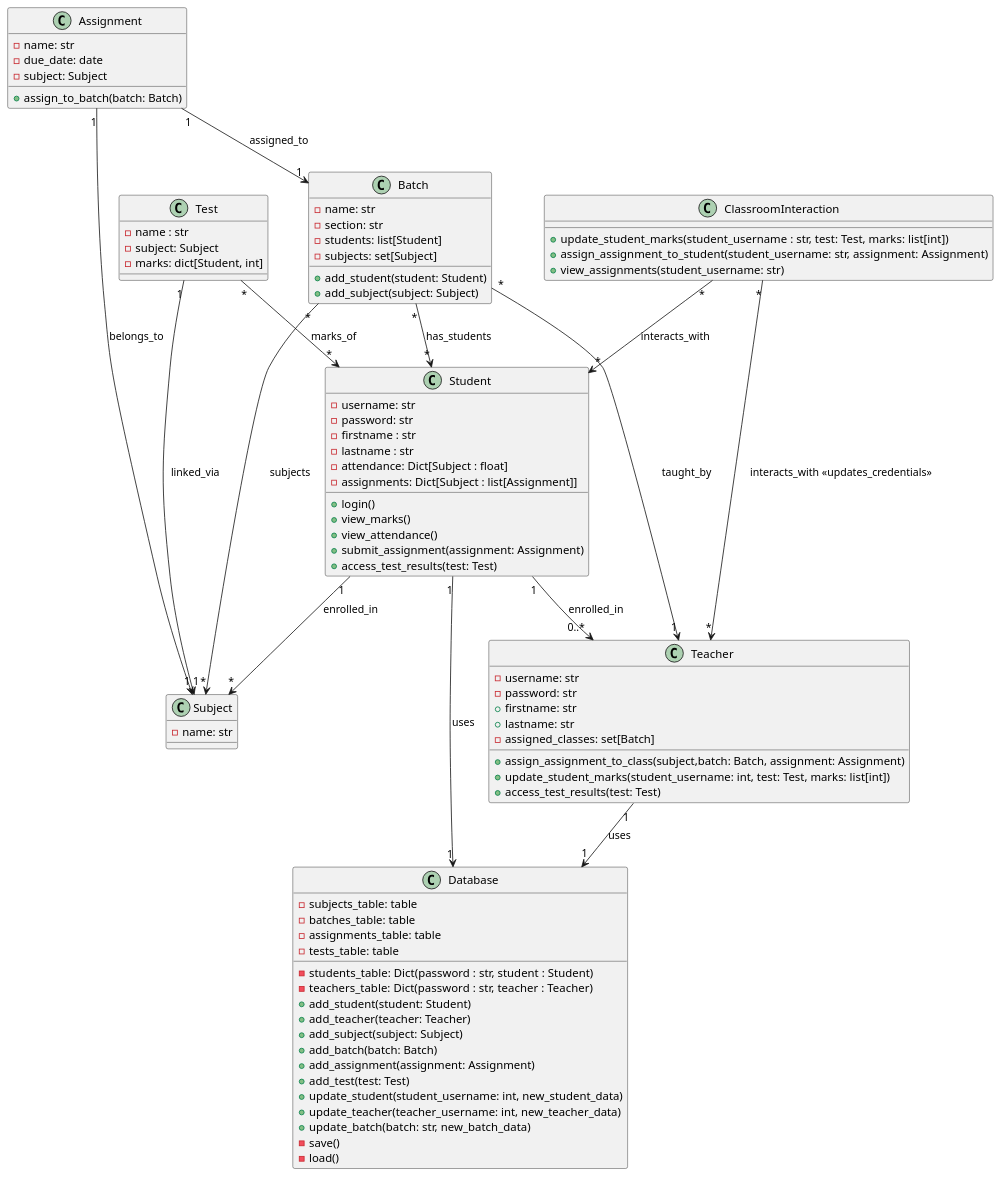
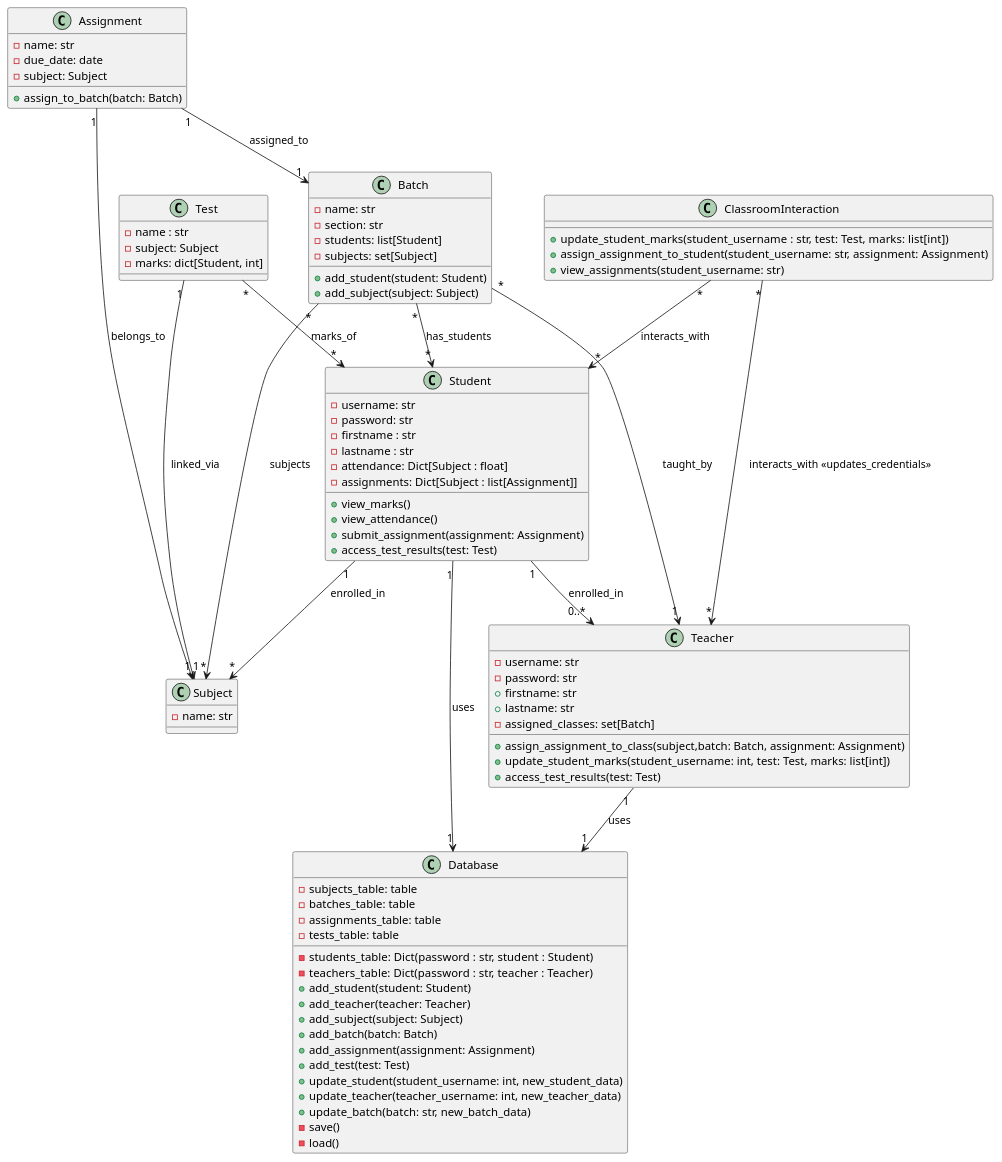
The diagram in umldiagram.puml (SrimanRakshan/DSA), drawn with PlantUML before and after one commit.

Commit message:
Updated UML

```diff
--- a/umldiagram.puml
+++ b/umldiagram.puml
@@ -1,92 +1,91 @@
 @startuml
 class Student {
     - username: str
     - password: str
     - firstname : str
     - lastname : str
     - attendance: Dict[Subject : float]
     - assignments: Dict[Subject : list[Assignment]]
-    + login()
     + view_marks()
     + view_attendance()
     + submit_assignment(assignment: Assignment)
     + access_test_results(test: Test)
 }
 
 class Teacher {
     - username: str
     - password: str
     + firstname: str
     + lastname: str
     - assigned_classes: set[Batch]
     + assign_assignment_to_class(subject,batch: Batch, assignment: Assignment)
     + update_student_marks(student_username: int, test: Test, marks: list[int])
     + access_test_results(test: Test)
 }
 
 class Subject {
     - name: str
 }
 
 class Batch {
     - name: str
     - section: str
     - students: list[Student]
     - subjects: set[Subject]
     + add_student(student: Student)
     + add_subject(subject: Subject)
 }
 
 class Assignment {
     - name: str
     - due_date: date
     - subject: Subject
     + assign_to_batch(batch: Batch)
 }
 
 class Test {
     - name : str
     - subject: Subject
     - marks: dict[Student, int]
 }
 
 class ClassroomInteraction {
     + update_student_marks(student_username : str, test: Test, marks: list[int])
     + assign_assignment_to_student(student_username: str, assignment: Assignment)
     + view_assignments(student_username: str)
 }
 
 class Database {
     - students_table: Dict(password : str, student : Student)
     - teachers_table: Dict(password : str, teacher : Teacher)
     - subjects_table: table
     - batches_table: table
     - assignments_table: table
     - tests_table: table
     + add_student(student: Student)
     + add_teacher(teacher: Teacher)
     + add_subject(subject: Subject)
     + add_batch(batch: Batch)
     + add_assignment(assignment: Assignment)
     + add_test(test: Test)
     + update_student(student_username: int, new_student_data)
     + update_teacher(teacher_username: int, new_teacher_data)
     + update_batch(batch: str, new_batch_data)
     - save()
     - load()
 }
 
 Student "1" --> "0..*" Teacher : enrolled_in
 Student "1" --> "1" Database : uses
 Teacher "1" --> "1" Database : uses
 Student "1" --> "*" Subject : enrolled_in
 Batch "*" --> "1" Teacher : taught_by
 Batch "*" --> "*" Student : has_students
 Batch "*" --> "*" Subject : subjects
 Assignment "1" --> "1" Subject : belongs_to
 Assignment "1" --> "1" Batch : assigned_to
 Test "1" --> "1" Subject : linked_via
 Test "*" --> "*" Student : marks_of
 ClassroomInteraction "*" --> "*" Teacher : interacts_with <<updates_credentials>>
 ClassroomInteraction "*" --> "*" Student : interacts_with
 @enduml
```
